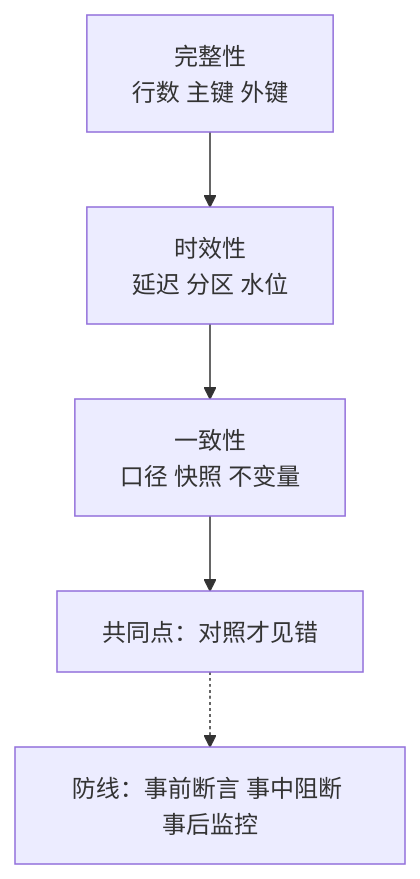
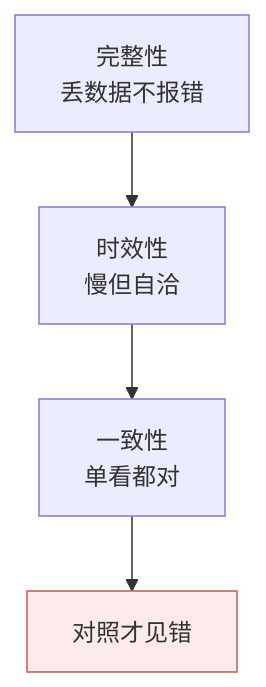
The first of 3 diagrams in vault/工程知识/数据系统：在并发与故障中保存事实/数据治理/数据质量的三重校验：完整性时效与一致性.md (hub138/technical-knowledge), drawn with Mermaid before and after one commit. The commit also changed other lines of this file and 622 other files, not shown here.

````diff
--- a/vault/工程知识/数据系统：在并发与故障中保存事实/数据治理/数据质量的三重校验：完整性时效与一致性.md
+++ b/vault/工程知识/数据系统：在并发与故障中保存事实/数据治理/数据质量的三重校验：完整性时效与一致性.md
@@ -36,7 +39,7 @@
 ```mermaid
-flowchart TB
-    a["完整性<br/>行数 主键 外键"] --> b["时效性<br/>延迟 分区 水位"]
-    b --> c["一致性<br/>口径 快照 不变量"]
-    c --> d["共同点：对照才见错"]
-    d -.-> e["防线：事前断言 事中阻断 事后监控"]
+graph TB
+    A["完整性<br/>丢数据不报错"] --> B["时效性<br/>慢但自洽"]
+    B --> C["一致性<br/>单看都对"]
+    C --> C2["对照才见错"]
+    style C2 fill:#fdeaea,stroke:#c05a5a
 ```
````
